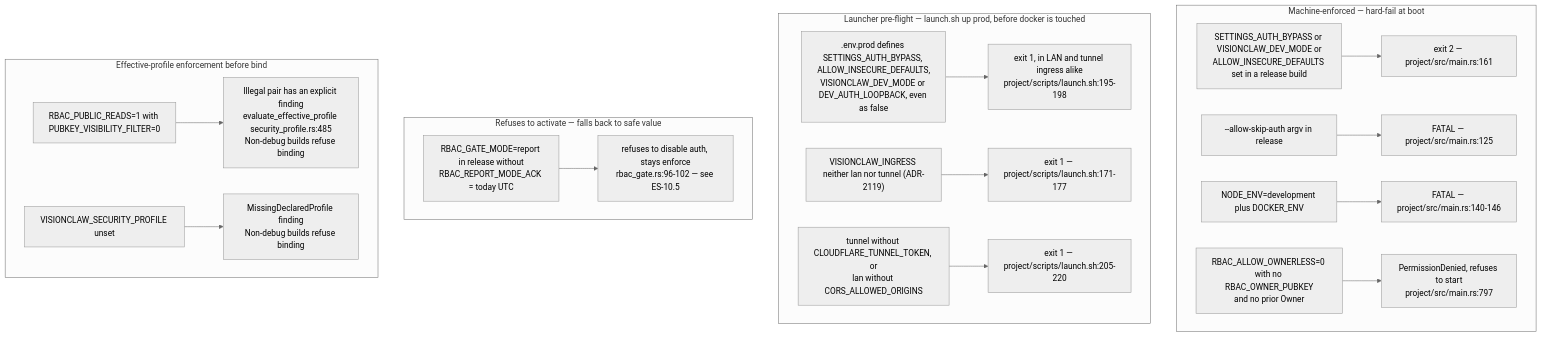
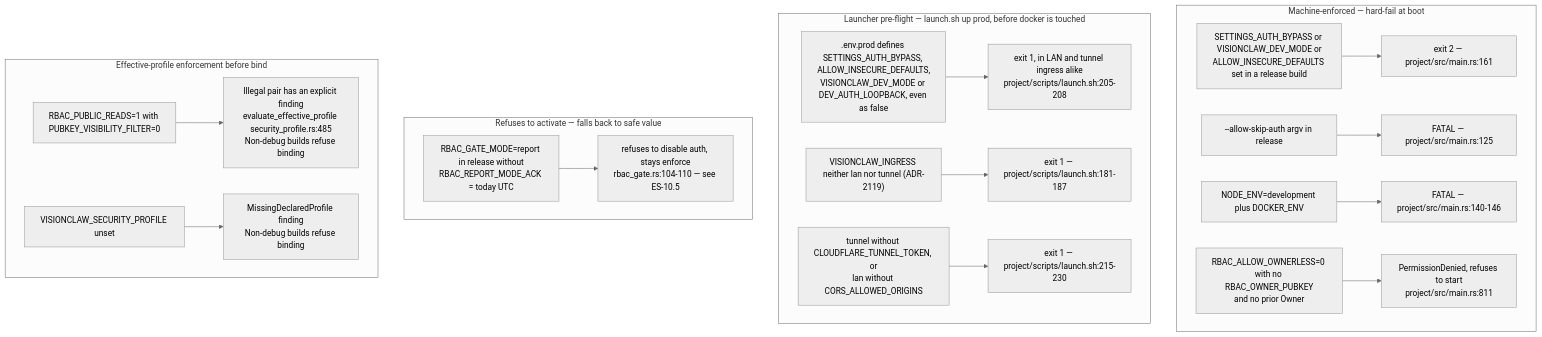
One commit to DreamLab-AI/VisionFlow changed the fourth of 11 diagrams in docs/diagrams/estate/10-deployment-and-security-profiles.md. Above: the diagram before and after it, drawn with Mermaid (neutral theme). The commit also changed other lines of this file and 160 other files, not shown here.

````diff
--- a/docs/diagrams/estate/10-deployment-and-security-profiles.md
+++ b/docs/diagrams/estate/10-deployment-and-security-profiles.md
@@ -176,42 +178,42 @@
 ```mermaid
 flowchart TB
     subgraph hard["Machine-enforced — hard-fail at boot"]
         H1["SETTINGS_AUTH_BYPASS or VISIONCLAW_DEV_MODE or<br/>ALLOW_INSECURE_DEFAULTS set in a release build"]
         H1E["exit 2 — project/src/main.rs:161"]
         H2["--allow-skip-auth argv in release"]
         H2E["FATAL — project/src/main.rs:125"]
         H3["NODE_ENV=development plus DOCKER_ENV"]
         H3E["FATAL — project/src/main.rs:140-146"]
         H4["RBAC_ALLOW_OWNERLESS=0 with no RBAC_OWNER_PUBKEY<br/>and no prior Owner"]
-        H4E["PermissionDenied, refuses to start<br/>project/src/main.rs:797"]
+        H4E["PermissionDenied, refuses to start<br/>project/src/main.rs:811"]
     end
     subgraph launcher["Launcher pre-flight — launch.sh up prod, before docker is touched"]
         P1[".env.prod defines SETTINGS_AUTH_BYPASS, ALLOW_INSECURE_DEFAULTS,<br/>VISIONCLAW_DEV_MODE or DEV_AUTH_LOOPBACK, even as false"]
-        P1E["exit 1, in LAN and tunnel ingress alike<br/>project/scripts/launch.sh:195-198"]
+        P1E["exit 1, in LAN and tunnel ingress alike<br/>project/scripts/launch.sh:205-208"]
         P2["VISIONCLAW_INGRESS neither lan nor tunnel (ADR-2119)"]
-        P2E["exit 1 — project/scripts/launch.sh:171-177"]
+        P2E["exit 1 — project/scripts/launch.sh:181-187"]
         P3["tunnel without CLOUDFLARE_TUNNEL_TOKEN, or<br/>lan without CORS_ALLOWED_ORIGINS"]
-        P3E["exit 1 — project/scripts/launch.sh:205-220"]
+        P3E["exit 1 — project/scripts/launch.sh:215-230"]
     end
     subgraph soft["Refuses to activate — falls back to safe value"]
         S1["RBAC_GATE_MODE=report in release without<br/>RBAC_REPORT_MODE_ACK = today UTC"]
-        S1E["refuses to disable auth, stays enforce<br/>rbac_gate.rs:96-102 — see ES-10.5"]
+        S1E["refuses to disable auth, stays enforce<br/>rbac_gate.rs:104-110 — see ES-10.5"]
     end
     subgraph none["Effective-profile enforcement before bind"]
         N1["RBAC_PUBLIC_READS=1 with PUBKEY_VISIBILITY_FILTER=0"]
         N1E["Illegal pair has an explicit finding<br/>evaluate_effective_profile security_profile.rs:485<br/>Non-debug builds refuse binding"]
         N2["VISIONCLAW_SECURITY_PROFILE unset"]
         N2E["MissingDeclaredProfile finding<br/>Non-debug builds refuse binding"]
     end
 
     H1 --> H1E
     H2 --> H2E
     H3 --> H3E
     H4 --> H4E
     S1 --> S1E
     P1 --> P1E
     P2 --> P2E
     P3 --> P3E
     N1 --> N1E
     N2 --> N2E
 ```
````
